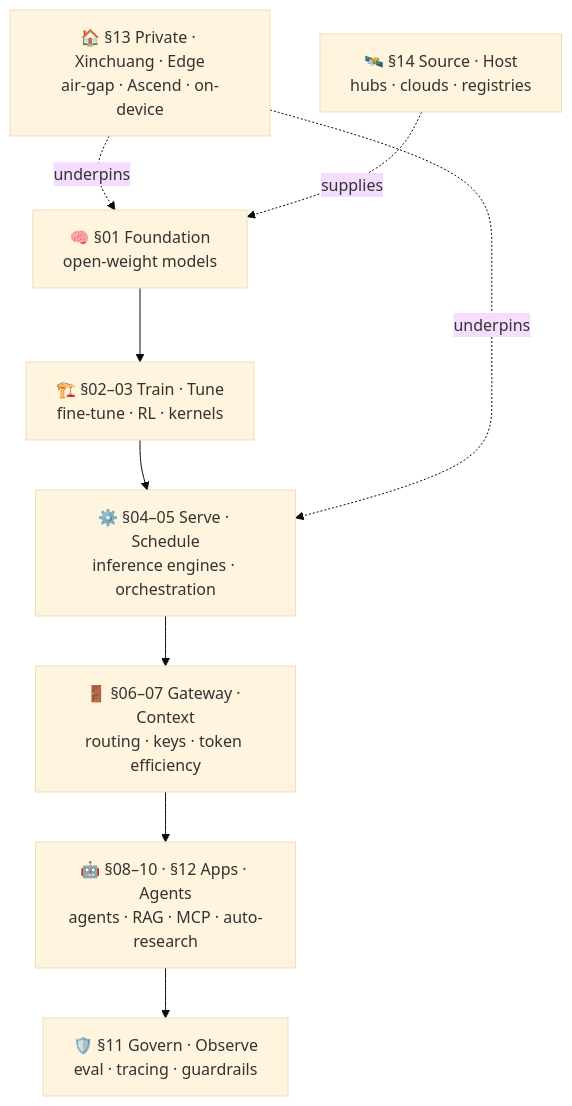
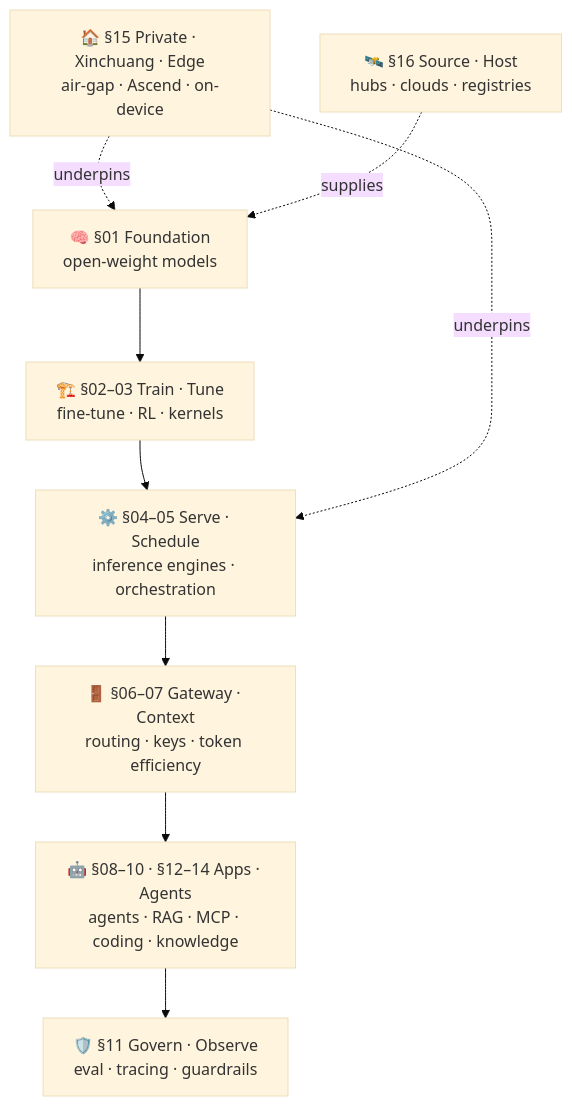
Before and after one commit to caiohome/awesome-caio: the diagram in README.md, drawn with Mermaid (base theme). The commit also changed other lines of this file and 1 other file, not shown here.

Commit message:
docs: add §13 Vibe Coding and §14 Internal Knowledge Base sub-topics (27 verified repos); renumber trailing sections

````diff
--- a/README.md
+++ b/README.md
@@ -91,16 +91,16 @@
 ```mermaid
 flowchart TB
     MOD["🧠 §01 Foundation<br/>open-weight models"]
     TRN["🏗️ §02–03 Train · Tune<br/>fine-tune · RL · kernels"]
     SRV["⚙️ §04–05 Serve · Schedule<br/>inference engines · orchestration"]
     GW["🚪 §06–07 Gateway · Context<br/>routing · keys · token efficiency"]
-    APP["🤖 §08–10 · §12 Apps · Agents<br/>agents · RAG · MCP · auto-research"]
+    APP["🤖 §08–10 · §12–14 Apps · Agents<br/>agents · RAG · MCP · coding · knowledge"]
     GOV["🛡️ §11 Govern · Observe<br/>eval · tracing · guardrails"]
-    INF["🏠 §13 Private · Xinchuang · Edge<br/>air-gap · Ascend · on-device"]
-    HUB["🛰️ §14 Source · Host<br/>hubs · clouds · registries"]
+    INF["🏠 §15 Private · Xinchuang · Edge<br/>air-gap · Ascend · on-device"]
+    HUB["🛰️ §16 Source · Host<br/>hubs · clouds · registries"]
 
     MOD --> TRN --> SRV --> GW --> APP --> GOV
     INF -. underpins .-> MOD
     INF -. underpins .-> SRV
     HUB -. supplies .-> MOD
 ```
````
